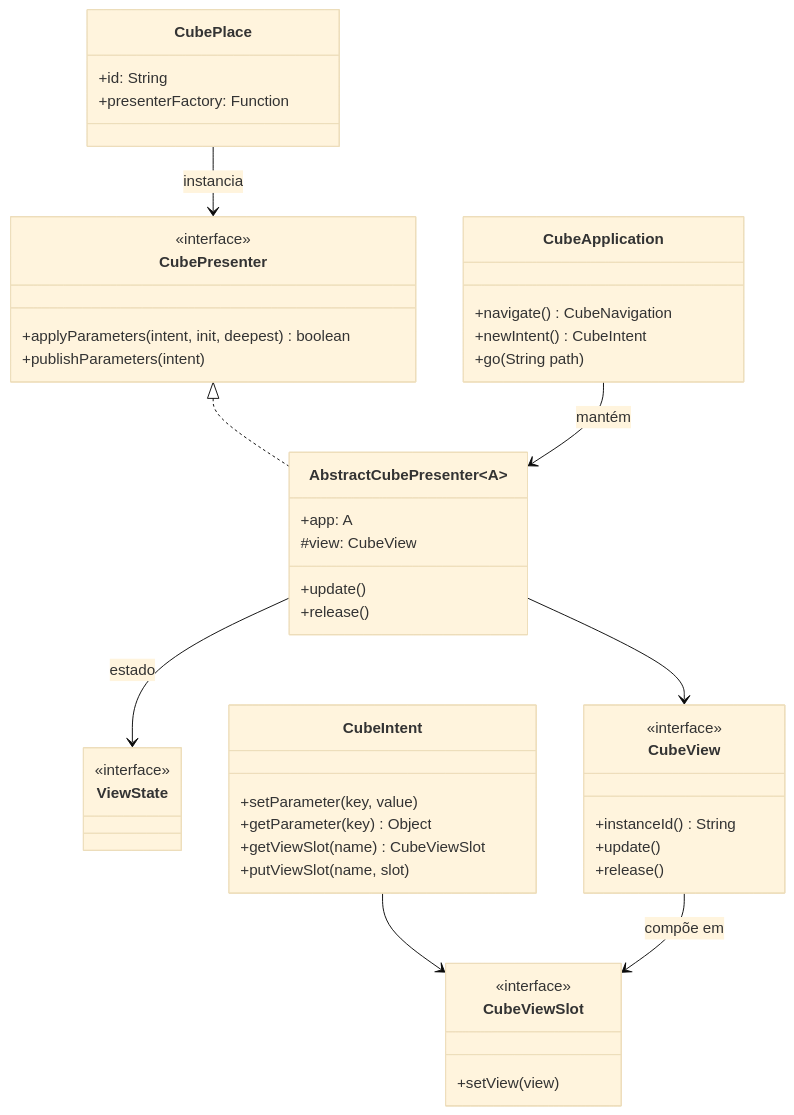
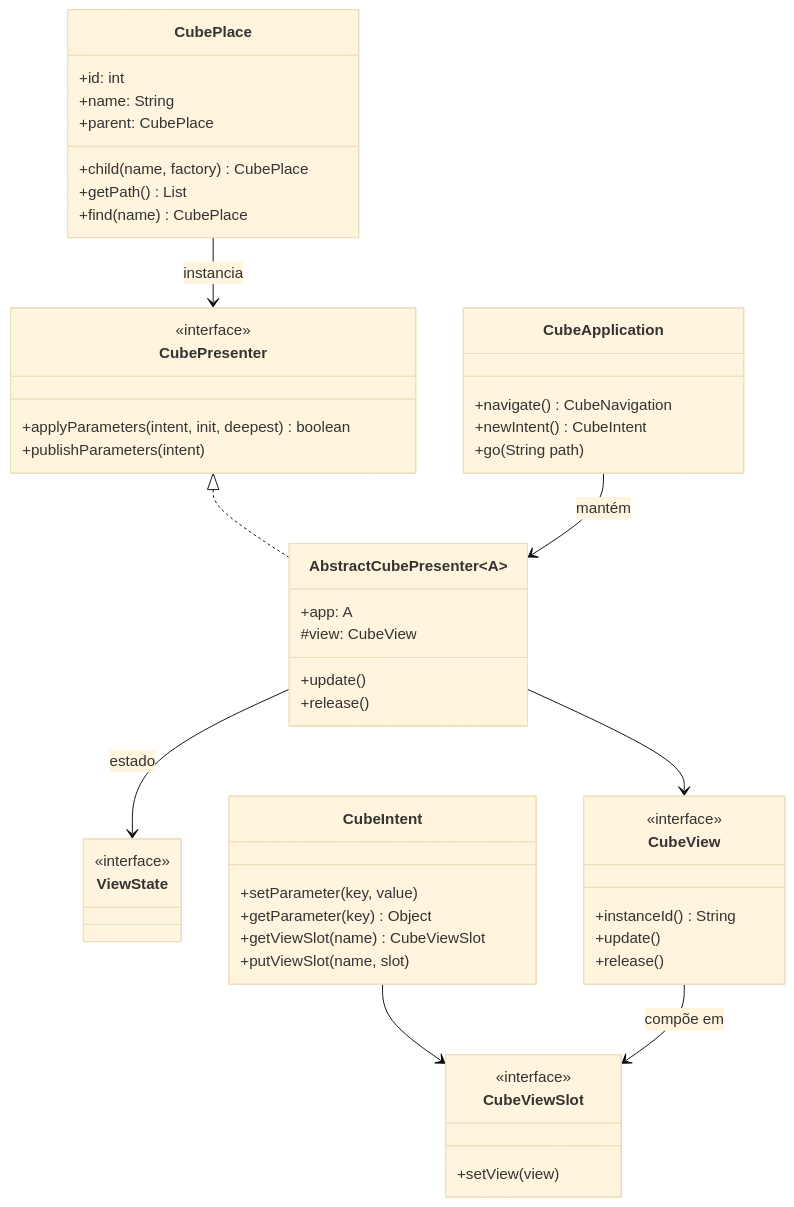
Before and after one commit to mrcdom/wdc-cube-java-v2: the third of 4 diagrams in docs/cube-mvp-arquitetura-multiplataforma.md, drawn with Mermaid (base theme). The commit also changed other lines of this file and 15 other files, not shown here.

````diff
--- a/docs/cube-mvp-arquitetura-multiplataforma.md
+++ b/docs/cube-mvp-arquitetura-multiplataforma.md
@@ -336,57 +336,61 @@
 ```mermaid
 classDiagram
     class CubeApplication {
         +navigate() CubeNavigation
         +newIntent() CubeIntent
         +go(String path)
     }
 
     class CubePresenter {
         <<interface>>
         +applyParameters(intent, init, deepest) boolean
         +publishParameters(intent)
     }
 
     class AbstractCubePresenter~A~ {
         +app: A
         #view: CubeView
         +update()
         +release()
     }
 
     class ViewState {
         <<interface>>
     }
 
     class CubeView {
         <<interface>>
         +instanceId() String
         +update()
         +release()
     }
 
     class CubeViewSlot {
         <<interface>>
         +setView(view)
     }
 
     class CubePlace {
-        +id: String
-        +presenterFactory: Function
+        +id: int
+        +name: String
+        +parent: CubePlace
+        +child(name, factory) CubePlace
+        +getPath() List
+        +find(name) CubePlace
     }
 
     class CubeIntent {
         +setParameter(key, value)
         +getParameter(key) Object
         +getViewSlot(name) CubeViewSlot
         +putViewSlot(name, slot)
     }
 
     CubePresenter <|.. AbstractCubePresenter
     AbstractCubePresenter --> CubeView
     AbstractCubePresenter --> ViewState : estado
     CubePlace --> CubePresenter : instancia
     CubeIntent --> CubeViewSlot
     CubeView --> CubeViewSlot : compõe em
     CubeApplication --> AbstractCubePresenter : mantém
 ```
````
